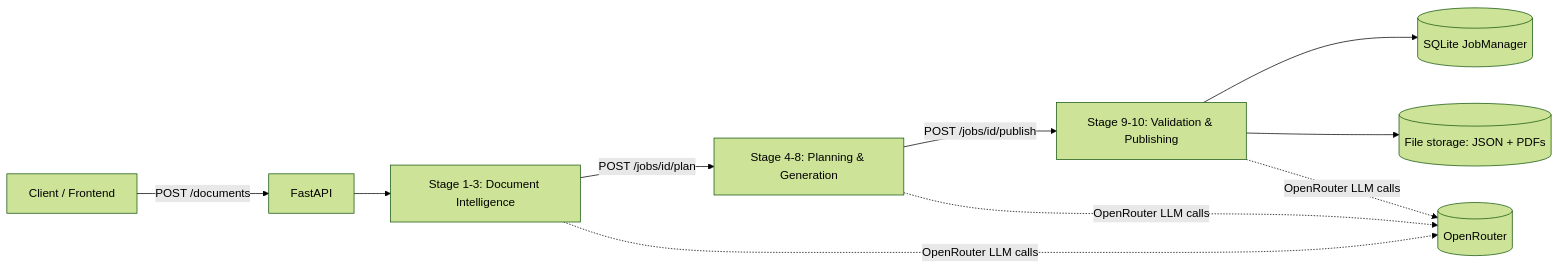
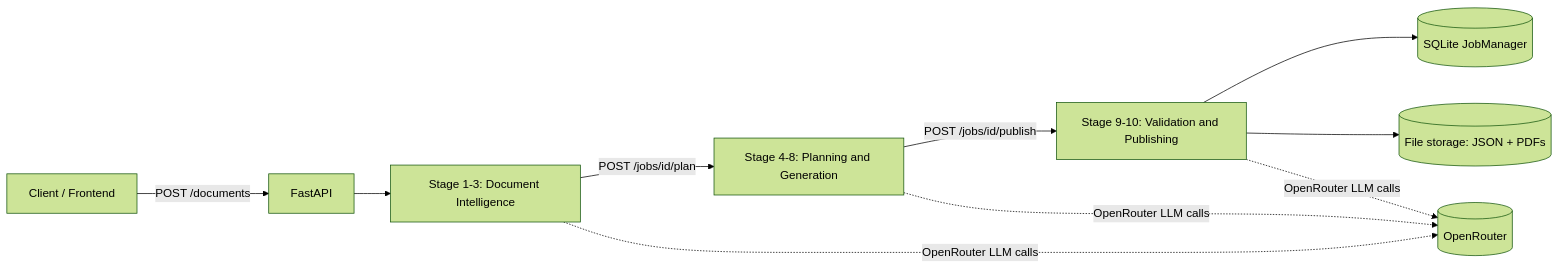
One commit to 22f3003226/IIT_Mandi_Intern changed the diagram in README.md. Above: the diagram before and after it, drawn with Mermaid (forest theme). The commit also changed other lines of this file and 2 other files, not shown here.

First line of the commit message:
docs: rewrite README with full architecture, API, and deployment docs

````diff
--- a/README.md
+++ b/README.md
@@ -87,10 +51,10 @@
 ```mermaid
 graph LR
   U[Client / Frontend] -->|POST /documents| A[FastAPI]
   A --> P1[Stage 1-3: Document Intelligence]
-  P1 -->|POST /jobs/id/plan| P2[Stage 4-8: Planning & Generation]
-  P2 -->|POST /jobs/id/publish| P3[Stage 9-10: Validation & Publishing]
+  P1 -->|POST /jobs/id/plan| P2[Stage 4-8: Planning and Generation]
+  P2 -->|POST /jobs/id/publish| P3[Stage 9-10: Validation and Publishing]
   P3 --> DB[(SQLite JobManager)]
   P3 --> FS[(File storage: JSON + PDFs)]
   P1 & P2 & P3 -.->|OpenRouter LLM calls| LLM[(OpenRouter)]
 ```
````
